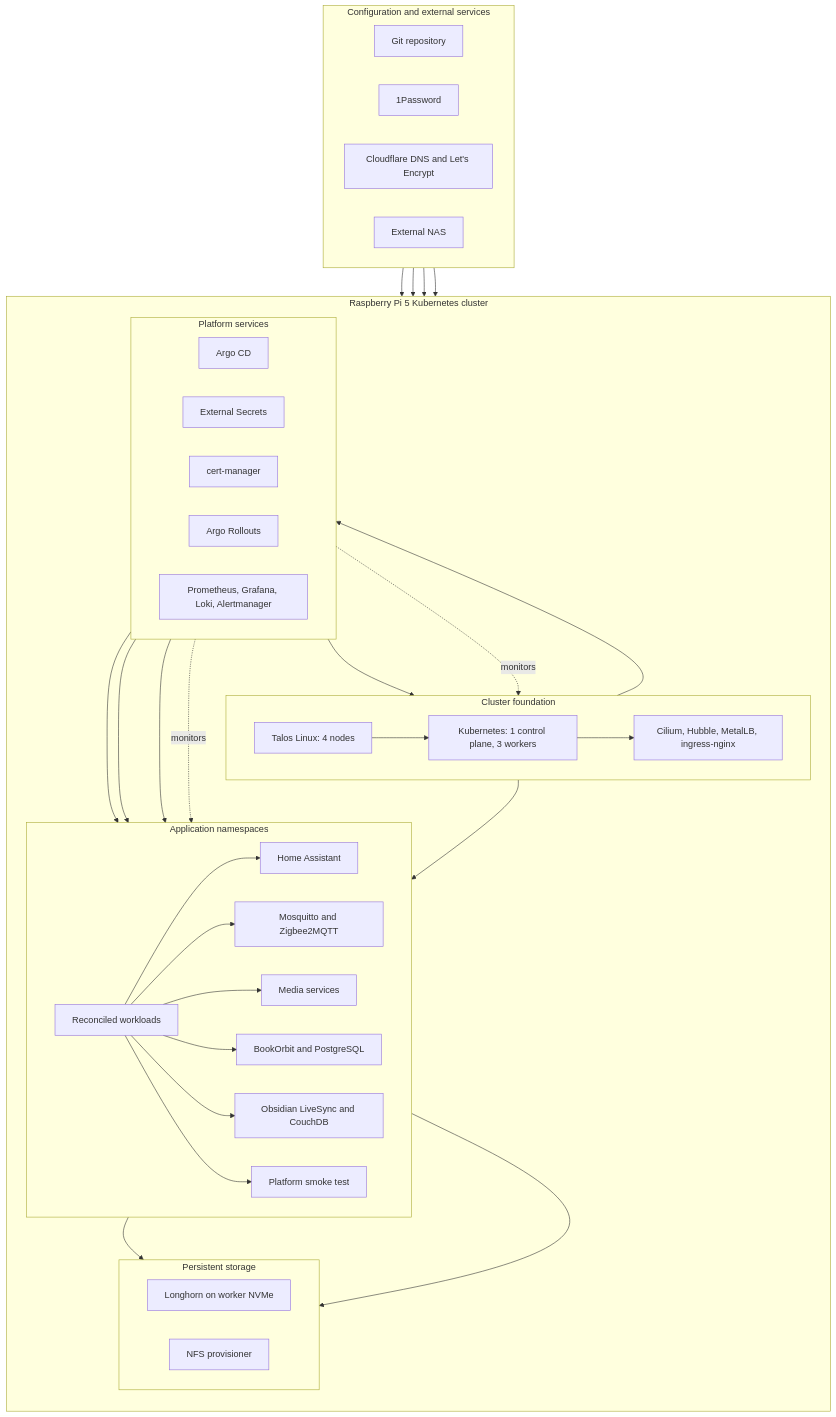
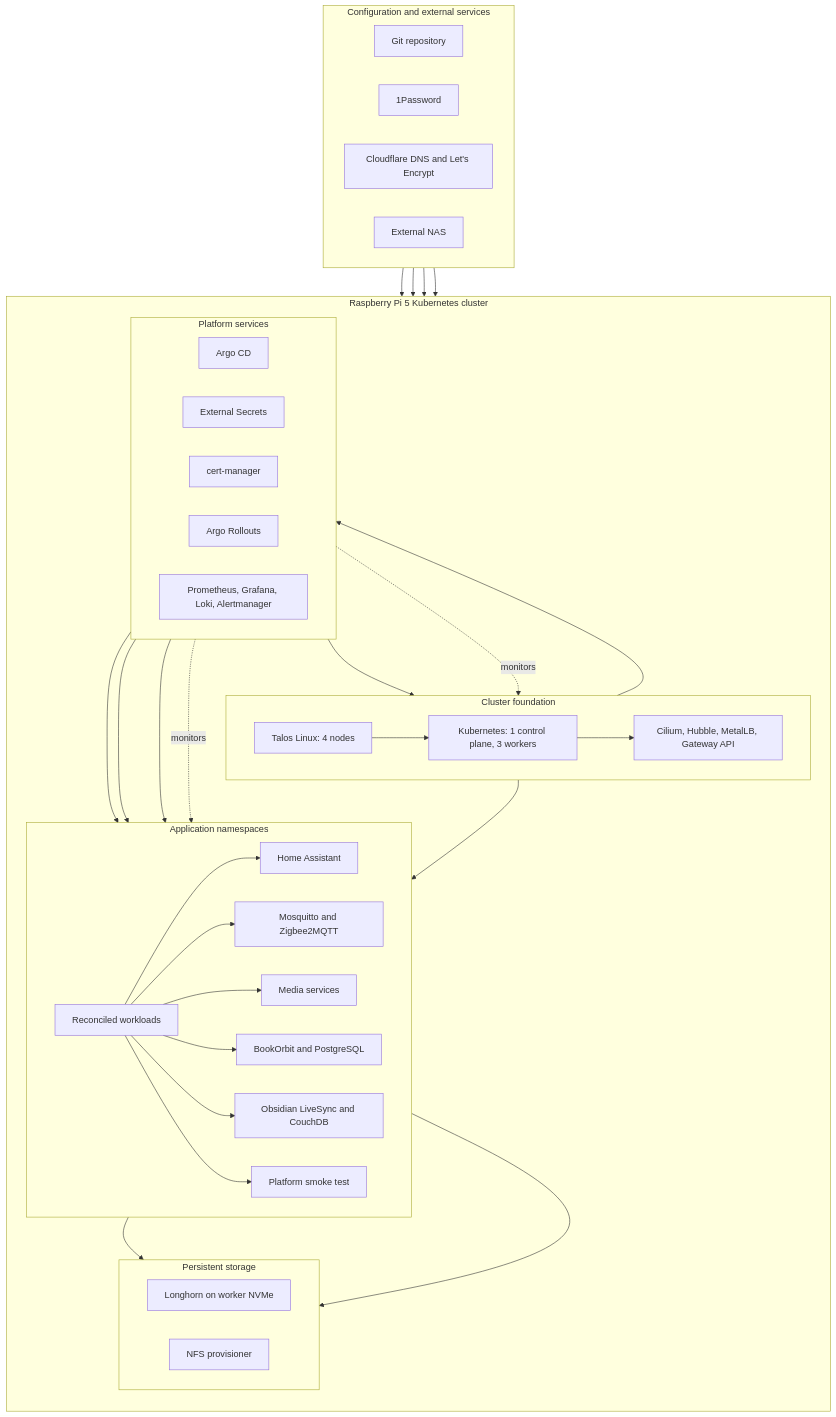
The diagram in README.md (Alphaegen/talos-kubernetes-homelab), drawn with Mermaid before and after one commit. The commit also changed other lines of this file and 5 other files, not shown here.

Commit message:
Remove ingress-nginx now that all traffic routes through the Cilium Gateway

````diff
--- a/README.md
+++ b/README.md
@@ -27,70 +27,70 @@
 ```mermaid
 flowchart TB
     subgraph external["Configuration and external services"]
         direction LR
         git["Git repository"]
         onepassword["1Password"]
         publicdns["Cloudflare DNS and Let's Encrypt"]
         nas["External NAS"]
     end
 
     subgraph cluster["Raspberry Pi 5 Kubernetes cluster"]
         direction TB
 
         subgraph foundation["Cluster foundation"]
             direction LR
             talos["Talos Linux: 4 nodes"]
             kubernetes["Kubernetes: 1 control plane, 3 workers"]
-            networking["Cilium, Hubble, MetalLB, ingress-nginx"]
+            networking["Cilium, Hubble, MetalLB, Gateway API"]
             talos --> kubernetes --> networking
         end
 
         subgraph platform["Platform services"]
             direction LR
             argocd["Argo CD"]
             eso["External Secrets"]
             certificates["cert-manager"]
             rollouts["Argo Rollouts"]
             observability["Prometheus, Grafana, Loki, Alertmanager"]
         end
 
         subgraph applications["Application namespaces"]
             direction LR
             appentry["Reconciled workloads"]
             homeassistant["Home Assistant"]
             automation["Mosquitto and Zigbee2MQTT"]
             media["Media services"]
             bookorbit["BookOrbit and PostgreSQL"]
             livesync["Obsidian LiveSync and CouchDB"]
             smoke["Platform smoke test"]
             appentry --> homeassistant
             appentry --> automation
             appentry --> media
             appentry --> bookorbit
             appentry --> livesync
             appentry --> smoke
         end
 
         subgraph storage["Persistent storage"]
             direction LR
             longhorn["Longhorn on worker NVMe"]
             nfs["NFS provisioner"]
         end
 
         kubernetes --> argocd
         networking --> appentry
         argocd --> appentry
         eso --> appentry
         certificates --> networking
         rollouts --> smoke
         observability -. monitors .-> kubernetes
         observability -. monitors .-> appentry
         appentry --> longhorn
         appentry --> nfs
     end
 
     git --> argocd
     onepassword --> eso
     publicdns --> certificates
     nas --> nfs
 ```
````
